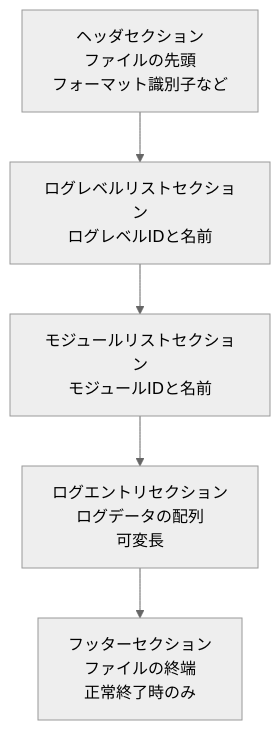
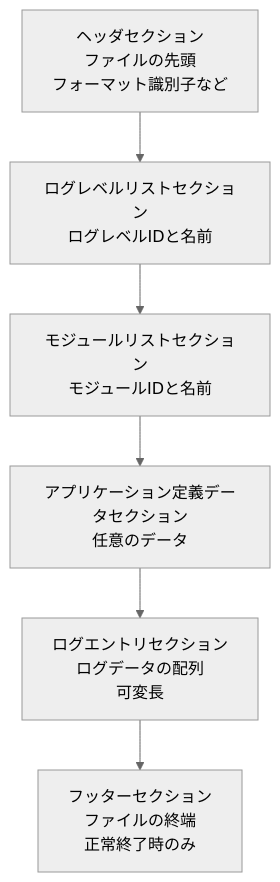
One commit to hirosof/SoundProcessCpp changed the diagram in SoundProcessCpp/Libraries/HSSoundBasisLib/specifications/HSSBLogger_LogFileFormatSpec.md. Above: the diagram before and after it, drawn with Mermaid (neutral theme). The commit also changed other lines of this file and 8 other files, not shown here.

````diff
--- a/SoundProcessCpp/Libraries/HSSoundBasisLib/specifications/HSSBLogger_LogFileFormatSpec.md
+++ b/SoundProcessCpp/Libraries/HSSoundBasisLib/specifications/HSSBLogger_LogFileFormatSpec.md
@@ -27,13 +27,15 @@
 ```mermaid
 flowchart TB
     Header["ヘッダセクション<br>ファイルの先頭<br>フォーマット識別子など"]
     LogLevelList["ログレベルリストセクション<br>ログレベルIDと名前"]
     ModuleList["モジュールリストセクション<br>モジュールIDと名前"]
+    ApplicationDefinedData["アプリケーション定義データセクション<br>任意のデータ"]
     LogEntries["ログエントリセクション<br>ログデータの配列<br>可変長"]
     Footer["フッターセクション<br>ファイルの終端<br>正常終了時のみ"]
 
     Header --> LogLevelList
     LogLevelList --> ModuleList
-    ModuleList --> LogEntries
+    ModuleList --> ApplicationDefinedData
+    ApplicationDefinedData --> LogEntries
     LogEntries --> Footer
 ```
````
